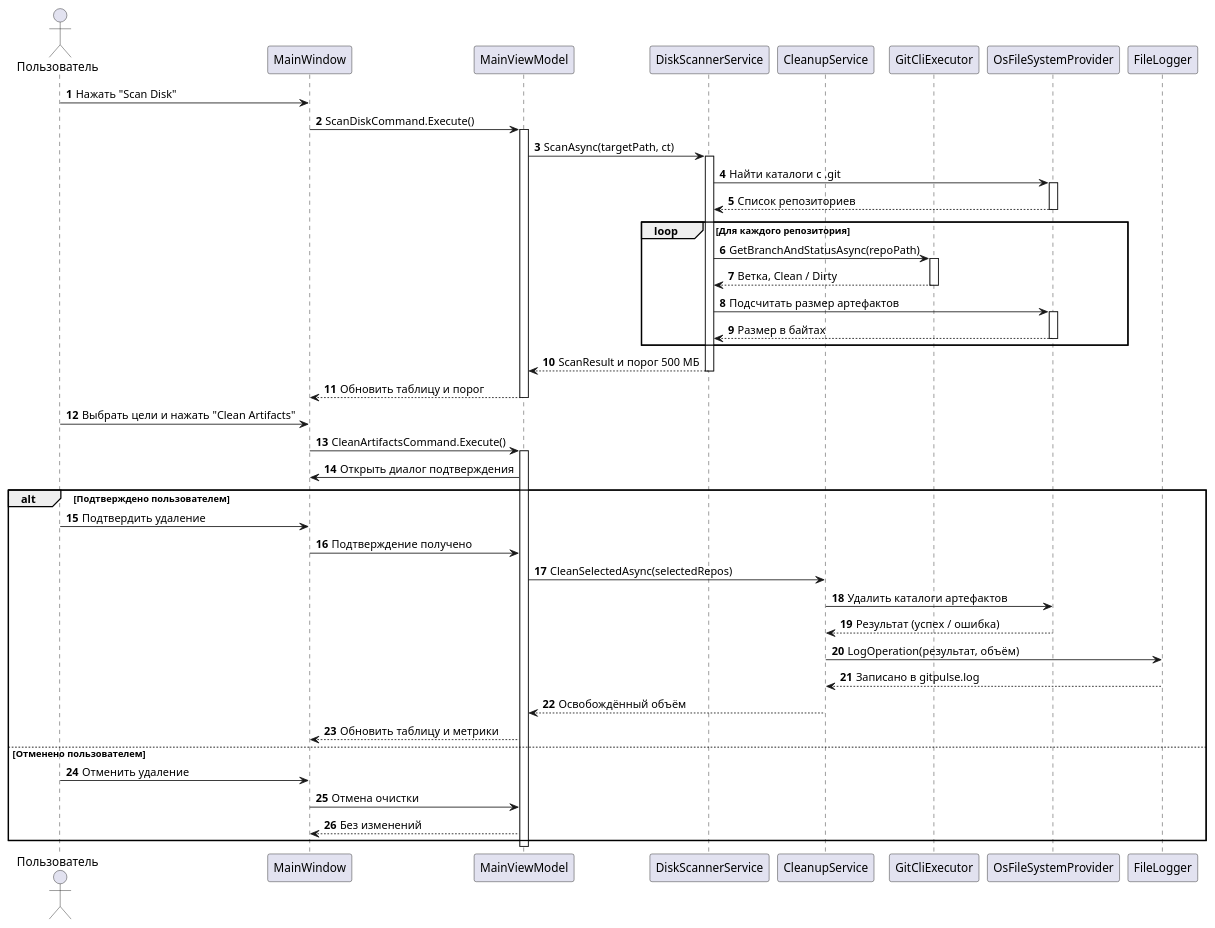
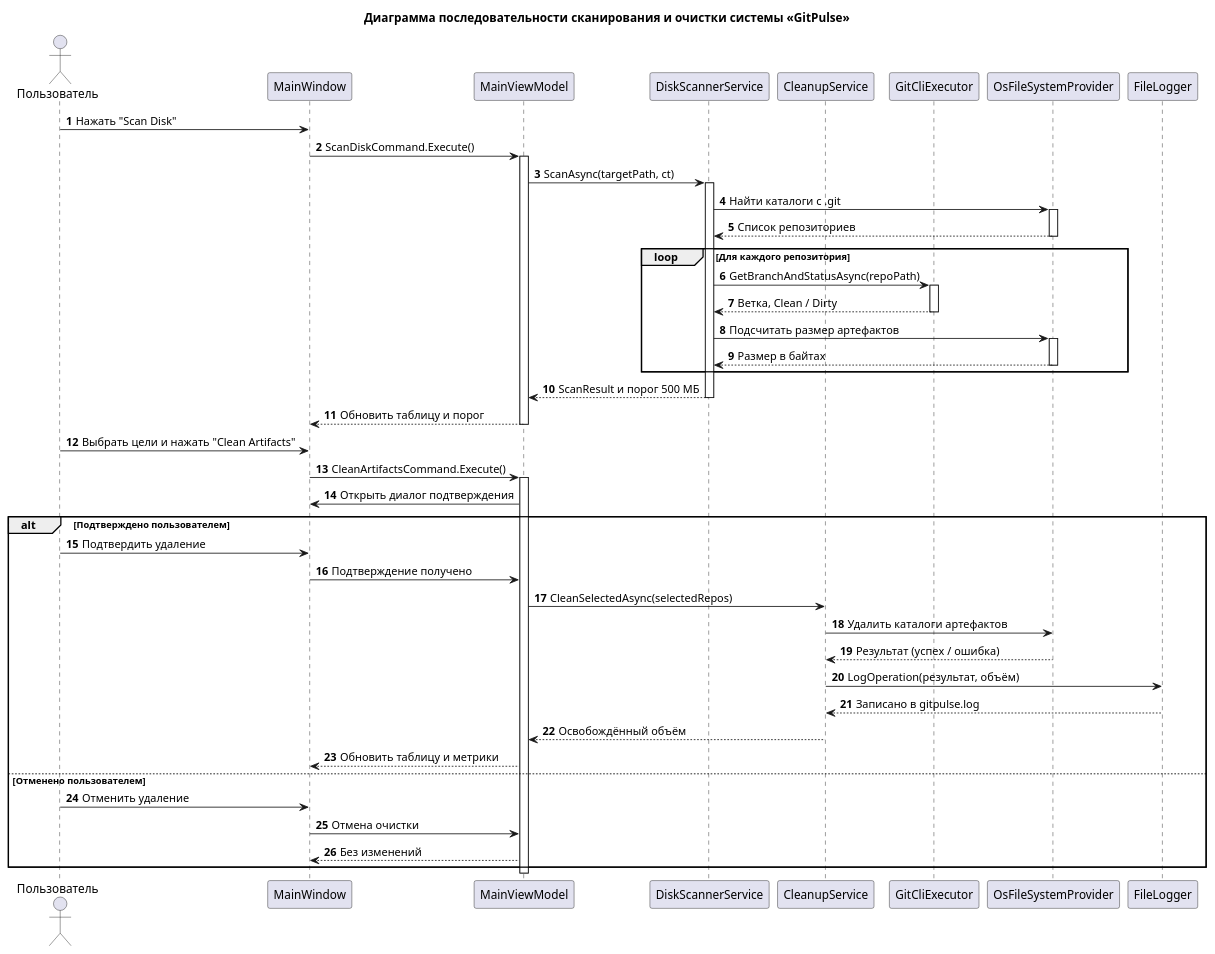
One commit to BSUIR-SDLC/SDLC changed the diagram in diagrams/gitpulse-sequence.puml. Above: the diagram before and after it, drawn with PlantUML. The commit also changed 7 other files, not shown here.

Commit message:
docs(lr5): обновить диаграммы активности, состояний, последовательности и прецедентов

```diff
--- a/diagrams/gitpulse-sequence.puml
+++ b/diagrams/gitpulse-sequence.puml
@@ -1,64 +1,65 @@
 @startuml gitpulse-sequence
+title Диаграмма последовательности сканирования и очистки системы «GitPulse»
 autonumber
 
 actor "Пользователь" as User
 participant "MainWindow" as View
 participant "MainViewModel" as VM
 participant "DiskScannerService" as Scanner
 participant "CleanupService" as Cleaner
 participant "GitCliExecutor" as GitCli
 participant "OsFileSystemProvider" as FS
 participant "FileLogger" as Logger
 
 User -> View : Нажать "Scan Disk"
 View -> VM : ScanDiskCommand.Execute()
 activate VM
 
 VM -> Scanner : ScanAsync(targetPath, ct)
 activate Scanner
 
 Scanner -> FS : Найти каталоги с .git
 activate FS
 FS --> Scanner : Список репозиториев
 deactivate FS
 
 loop Для каждого репозитория
   Scanner -> GitCli : GetBranchAndStatusAsync(repoPath)
   activate GitCli
   GitCli --> Scanner : Ветка, Clean / Dirty
   deactivate GitCli
 
   Scanner -> FS : Подсчитать размер артефактов
   activate FS
   FS --> Scanner : Размер в байтах
   deactivate FS
 end
 
 Scanner --> VM : ScanResult и порог 500 МБ
 deactivate Scanner
 VM --> View : Обновить таблицу и порог
 deactivate VM
 
 User -> View : Выбрать цели и нажать "Clean Artifacts"
 View -> VM : CleanArtifactsCommand.Execute()
 activate VM
 VM -> View : Открыть диалог подтверждения
 
 alt Подтверждено пользователем
   User -> View : Подтвердить удаление
   View -> VM : Подтверждение получено
   VM -> Cleaner : CleanSelectedAsync(selectedRepos)
   Cleaner -> FS : Удалить каталоги артефактов
   FS --> Cleaner : Результат (успех / ошибка)
   Cleaner -> Logger : LogOperation(результат, объём)
   Logger --> Cleaner : Записано в gitpulse.log
   Cleaner --> VM : Освобождённый объём
   VM --> View : Обновить таблицу и метрики
 else Отменено пользователем
   User -> View : Отменить удаление
   View -> VM : Отмена очистки
   VM --> View : Без изменений
 end
 
 deactivate VM
 @enduml
```
